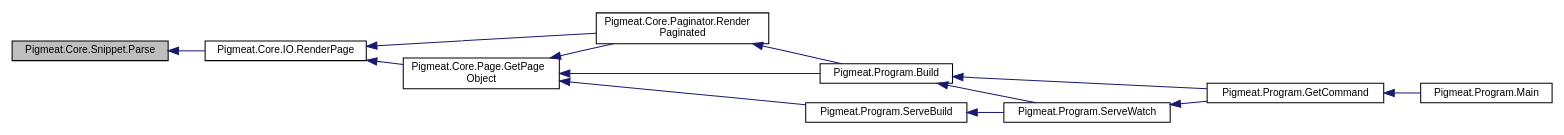
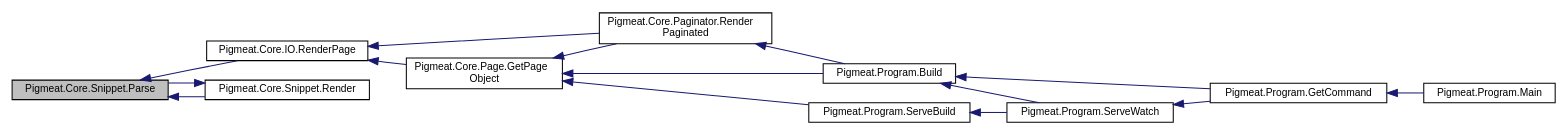
Before and after one commit to milovidov983/Pigmeat: the diagram in class_pigmeat_1_1_core_1_1_snippet_a54ea5e1d3a8cd6308a1b1c9f01457146_icgraph.dot, drawn with Graphviz. The commit also changed 35 other files, not shown here.

```diff
--- a/class_pigmeat_1_1_core_1_1_snippet_a54ea5e1d3a8cd6308a1b1c9f01457146_icgraph.dot
+++ b/class_pigmeat_1_1_core_1_1_snippet_a54ea5e1d3a8cd6308a1b1c9f01457146_icgraph.dot
@@ -1,27 +1,30 @@
 digraph "Pigmeat.Core.Snippet.Parse"
 {
   edge [fontname="Helvetica",fontsize="10",labelfontname="Helvetica",labelfontsize="10"];
   node [fontname="Helvetica",fontsize="10",shape=record];
   rankdir="LR";
   Node5 [label="Pigmeat.Core.Snippet.Parse",height=0.2,width=0.4,color="black", fillcolor="grey75", style="filled", fontcolor="black"];
   Node5 -> Node6 [dir="back",color="midnightblue",fontsize="10",style="solid",fontname="Helvetica"];
   Node6 [label="Pigmeat.Core.IO.RenderPage",height=0.2,width=0.4,color="black", fillcolor="white", style="filled",URL="$class_pigmeat_1_1_core_1_1_i_o.html#a60f49d31957620c308423cad19dbf5f6",tooltip="Take layout, place Markdig-parsed content in layout, evaluate includes, render with Scriban ..."];
   Node6 -> Node7 [dir="back",color="midnightblue",fontsize="10",style="solid",fontname="Helvetica"];
   Node7 [label="Pigmeat.Core.Page.GetPage\lObject",height=0.2,width=0.4,color="black", fillcolor="white", style="filled",URL="$class_pigmeat_1_1_core_1_1_page.html#a3a2dee942bb7b2f763ce5d1caba4163d",tooltip="Parses a given page into a JObject "];
   Node7 -> Node8 [dir="back",color="midnightblue",fontsize="10",style="solid",fontname="Helvetica"];
   Node8 [label="Pigmeat.Core.Paginator.Render\lPaginated",height=0.2,width=0.4,color="black", fillcolor="white", style="filled",URL="$class_pigmeat_1_1_core_1_1_paginator.html#a38c0bfdf8bfe439eb2a3e58a638c823a",tooltip="Outputs a paginated version of a page (requires {{ page.paginate }} and {{ page.collection }}) ..."];
   Node8 -> Node9 [dir="back",color="midnightblue",fontsize="10",style="solid",fontname="Helvetica"];
   Node9 [label="Pigmeat.Program.Build",height=0.2,width=0.4,color="black", fillcolor="white", style="filled",URL="$class_pigmeat_1_1_program.html#a878beaee804aea5645618e59b1a6d250",tooltip="The standard Pigmeat build process "];
   Node9 -> Node10 [dir="back",color="midnightblue",fontsize="10",style="solid",fontname="Helvetica"];
   Node10 [label="Pigmeat.Program.GetCommand",height=0.2,width=0.4,color="black", fillcolor="white", style="filled",URL="$class_pigmeat_1_1_program.html#a813269f3c9466bddfa561c72eb56de4f",tooltip="Perform actions specified by command calls "];
   Node10 -> Node11 [dir="back",color="midnightblue",fontsize="10",style="solid",fontname="Helvetica"];
   Node11 [label="Pigmeat.Program.Main",height=0.2,width=0.4,color="black", fillcolor="white", style="filled",URL="$class_pigmeat_1_1_program.html#a3b898a93d66f23079be04ac657013df3",tooltip="Handle primary tool information, such as command inputs and current directory "];
   Node9 -> Node12 [dir="back",color="midnightblue",fontsize="10",style="solid",fontname="Helvetica"];
   Node12 [label="Pigmeat.Program.ServeWatch",height=0.2,width=0.4,color="black", fillcolor="white", style="filled",URL="$class_pigmeat_1_1_program.html#a7fbef86d893429923099420b3748b826",tooltip="Watch the file system for changes (initial component of the serve command) "];
   Node12 -> Node10 [dir="back",color="midnightblue",fontsize="10",style="solid",fontname="Helvetica"];
   Node7 -> Node9 [dir="back",color="midnightblue",fontsize="10",style="solid",fontname="Helvetica"];
   Node7 -> Node13 [dir="back",color="midnightblue",fontsize="10",style="solid",fontname="Helvetica"];
   Node13 [label="Pigmeat.Program.ServeBuild",height=0.2,width=0.4,color="black", fillcolor="white", style="filled",URL="$class_pigmeat_1_1_program.html#a196f0e133927e9c381295c4915ebdfb2",tooltip="Rebuild changed files (final component of the serve command) "];
   Node13 -> Node12 [dir="back",color="midnightblue",fontsize="10",style="solid",fontname="Helvetica"];
   Node6 -> Node8 [dir="back",color="midnightblue",fontsize="10",style="solid",fontname="Helvetica"];
+  Node5 -> Node14 [dir="back",color="midnightblue",fontsize="10",style="solid",fontname="Helvetica"];
+  Node14 [label="Pigmeat.Core.Snippet.Render",height=0.2,width=0.4,color="black", fillcolor="white", style="filled",URL="$class_pigmeat_1_1_core_1_1_snippet.html#ac3dd182d3699b9997372e1baa768de2b",tooltip="Renders Snippets "];
+  Node14 -> Node5 [dir="back",color="midnightblue",fontsize="10",style="solid",fontname="Helvetica"];
 }
```
